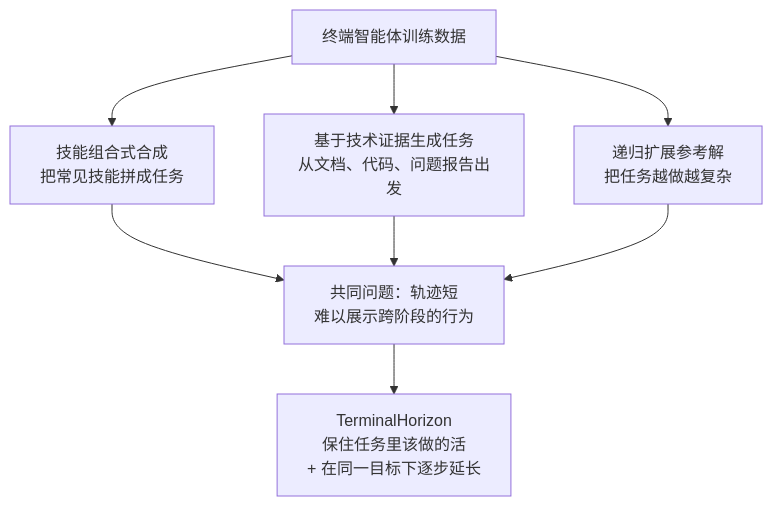
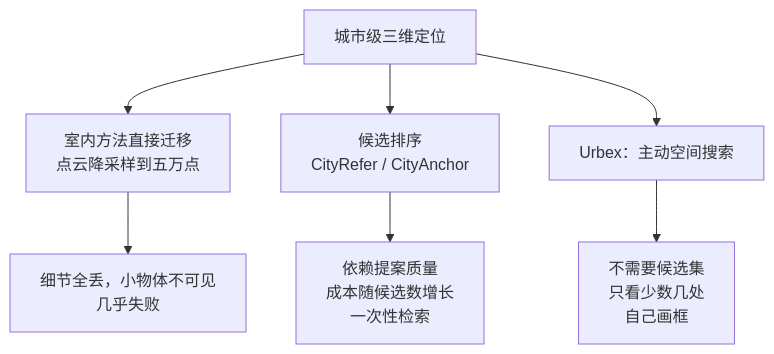
One commit to yingwang/paper-reads changed the first of 3 diagrams in docs/index.md. Above: the diagram before and after it, drawn with Mermaid. The commit also changed other lines of this file and 2 other files, not shown here.

First line of the commit message:
Add 2026-10-14-urbex-agentic-city-scale-3d-grounding

````diff
--- a/docs/index.md
+++ b/docs/index.md
@@ -63,10 +61,9 @@
 ```mermaid
 graph TD
-    A[终端智能体训练数据] --> B[技能组合式合成<br/>把常见技能拼成任务]
-    A --> C[基于技术证据生成任务<br/>从文档、代码、问题报告出发]
-    A --> D[递归扩展参考解<br/>把任务越做越复杂]
-    B --> E[共同问题：轨迹短<br/>难以展示跨阶段的行为]
-    C --> E
-    D --> E
-    E --> F[TerminalHorizon<br/>保住任务里该做的活<br/>+ 在同一目标下逐步延长]
+    A[城市级三维定位] --> B[室内方法直接迁移<br/>点云降采样到五万点]
+    A --> C[候选排序<br/>CityRefer / CityAnchor]
+    A --> D[Urbex：主动空间搜索]
+    B --> B1[细节全丢，小物体不可见<br/>几乎失败]
+    C --> C1[依赖提案质量<br/>成本随候选数增长<br/>一次性检索]
+    D --> D1[不需要候选集<br/>只看少数几处<br/>自己画框]
 ```
````
